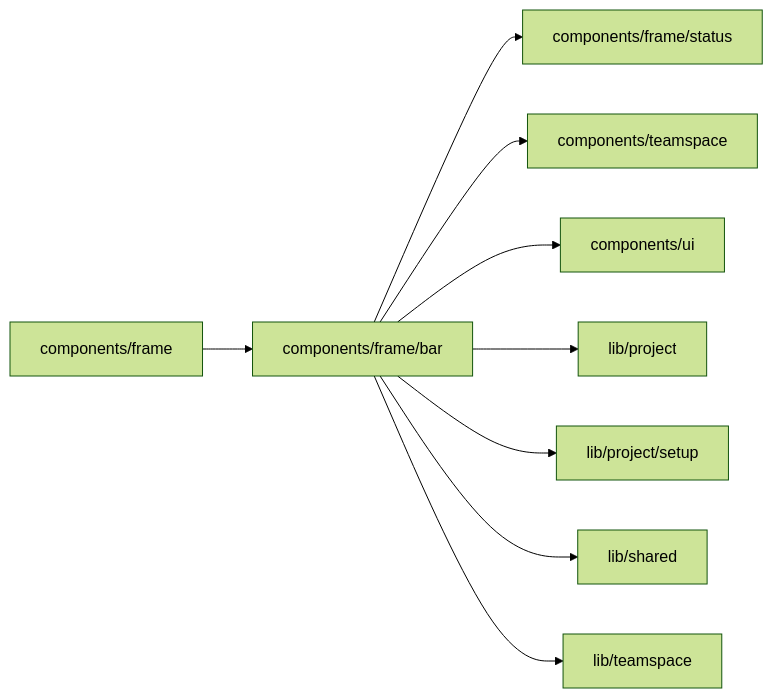
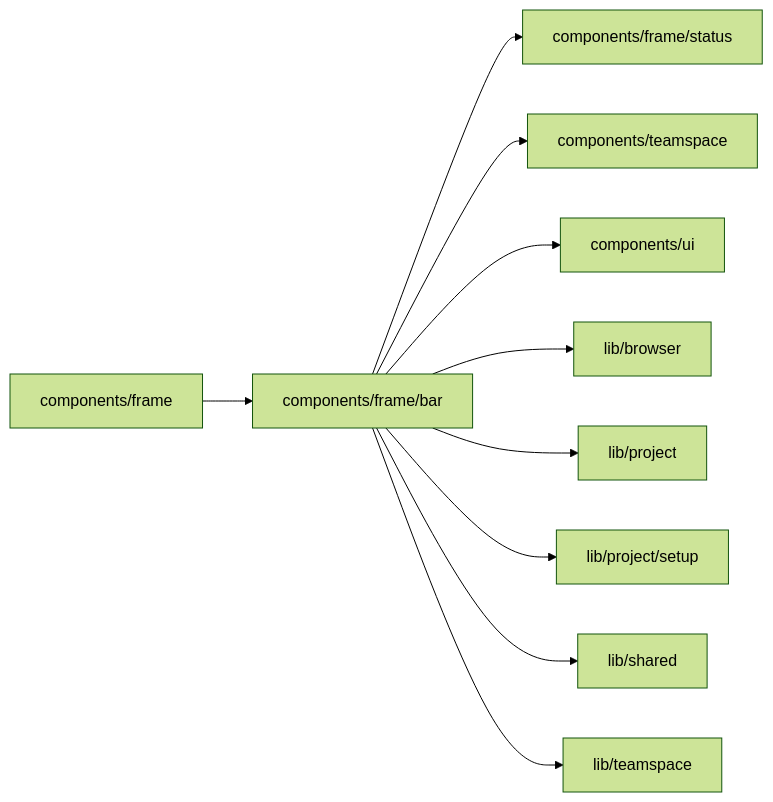
Before and after one commit to superdurable/superverse: the diagram in web/studio/components/frame/bar/README.md, drawn with Mermaid (forest theme). The commit also changed other lines of this file and 14 other files, not shown here.

First line of the commit message:
LIVESWITCHRACE: Keep the Live selection when the Flow page picks its default Flow

````diff
--- a/web/studio/components/frame/bar/README.md
+++ b/web/studio/components/frame/bar/README.md
@@ -10,12 +10,13 @@
 ```mermaid
 flowchart LR
   self["components/frame/bar"]
   c0["components/frame"] --> self
   self --> d0["components/frame/status"]
   self --> d1["components/teamspace"]
   self --> d2["components/ui"]
-  self --> d3["lib/project"]
-  self --> d4["lib/project/setup"]
-  self --> d5["lib/shared"]
-  self --> d6["lib/teamspace"]
+  self --> d3["lib/browser"]
+  self --> d4["lib/project"]
+  self --> d5["lib/project/setup"]
+  self --> d6["lib/shared"]
+  self --> d7["lib/teamspace"]
 ```
````
